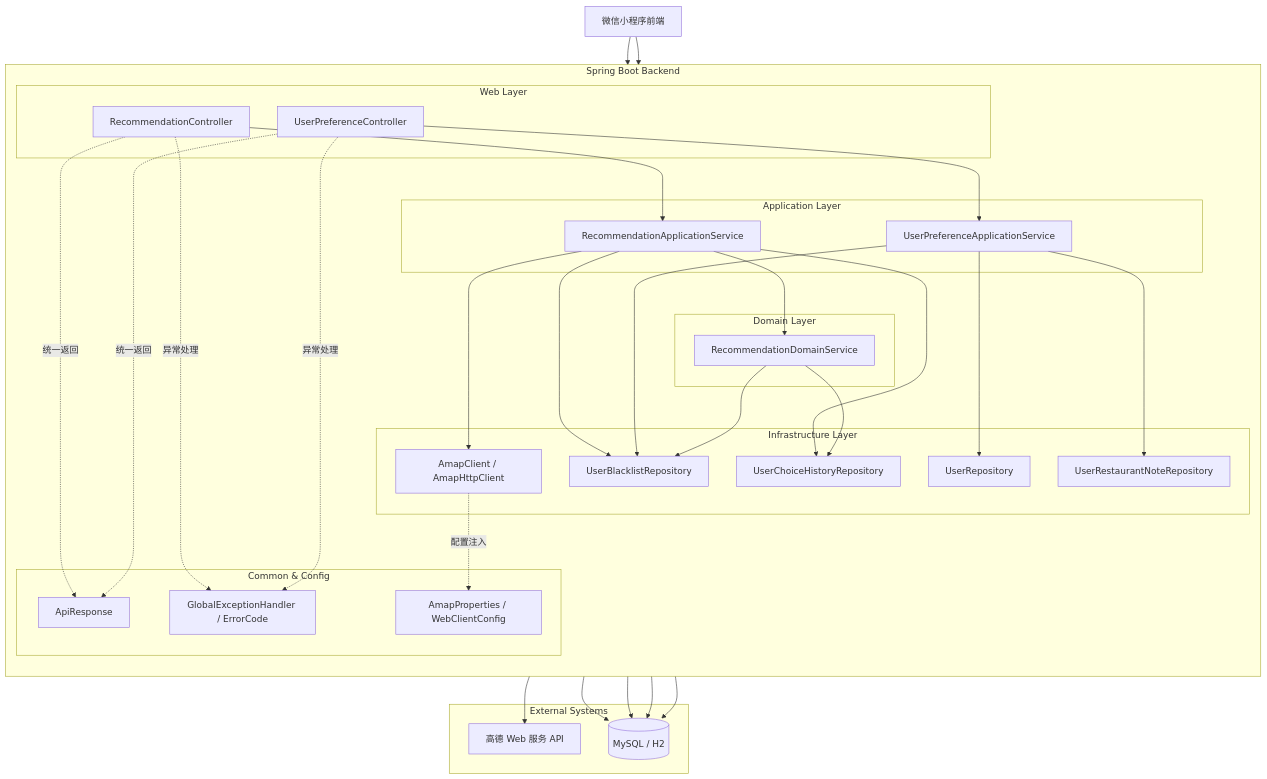
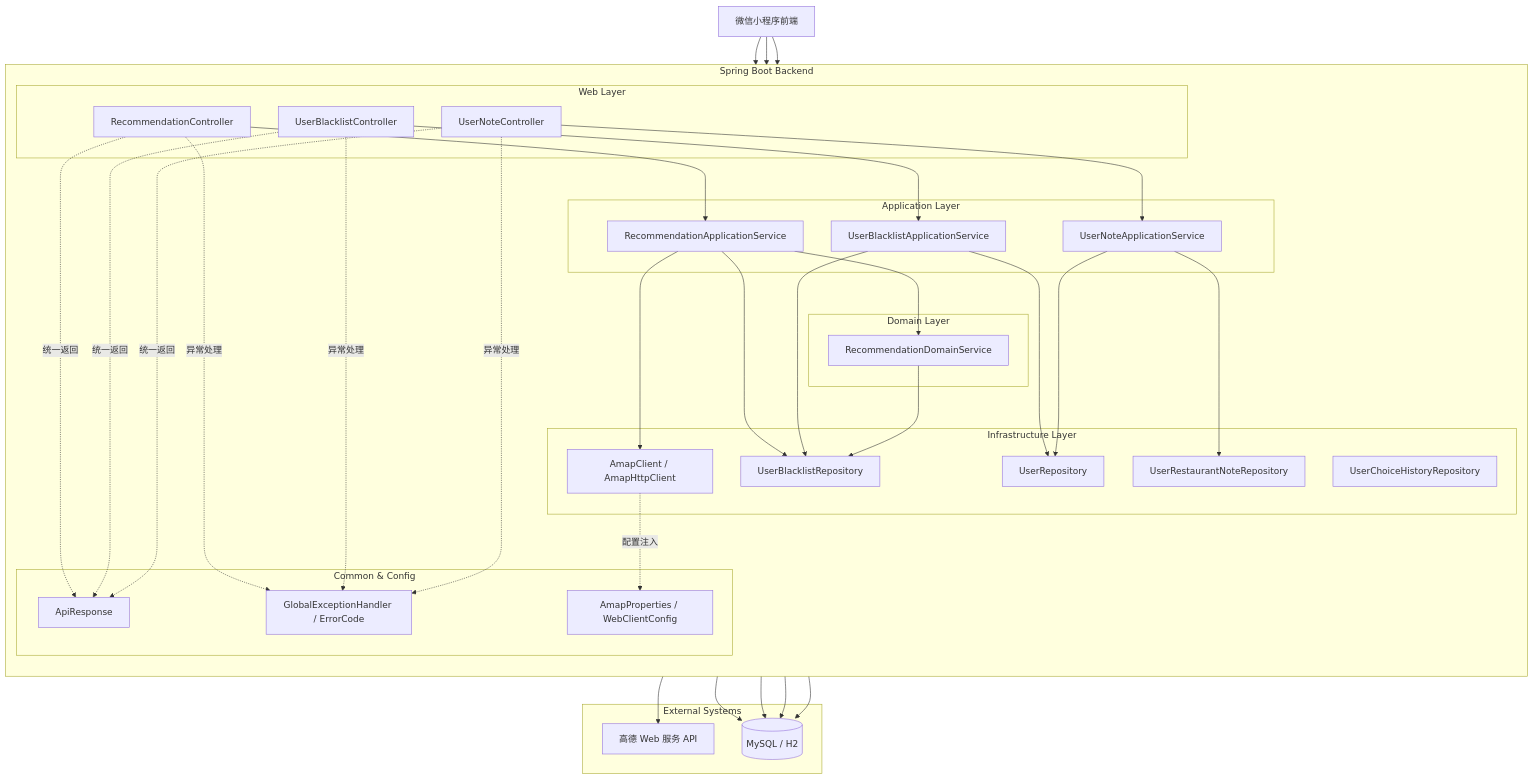
One commit to Ryan041001/WhatToEat changed the first of 4 diagrams in docs/architecture.md. Above: the diagram before and after it, drawn with Mermaid. The commit also changed other lines of this file and 3 other files, not shown here.

````diff
--- a/docs/architecture.md
+++ b/docs/architecture.md
@@ -45,69 +45,74 @@
 ```mermaid
 flowchart TD
     FE[微信小程序前端]
 
     subgraph API[Spring Boot Backend]
         direction TB
 
         subgraph WEB[Web Layer]
             RC[RecommendationController]
-            UC[UserPreferenceController]
+            BC[UserBlacklistController]
+            NC[UserNoteController]
         end
 
         subgraph APP[Application Layer]
             RAS[RecommendationApplicationService]
-            UAS[UserPreferenceApplicationService]
+            BAS[UserBlacklistApplicationService]
+            NAS[UserNoteApplicationService]
         end
 
         subgraph DOMAIN[Domain Layer]
             RDS[RecommendationDomainService]
         end
 
         subgraph INFRA[Infrastructure Layer]
             AR[AmapClient / AmapHttpClient]
             UR[UserRepository]
             UBR[UserBlacklistRepository]
             UNR[UserRestaurantNoteRepository]
             UHR[UserChoiceHistoryRepository]
         end
 
         subgraph SUPPORT[Common & Config]
             RESP[ApiResponse]
             EX[GlobalExceptionHandler / ErrorCode]
             CFG[AmapProperties / WebClientConfig]
         end
     end
 
     subgraph EXT[External Systems]
         AMAP[高德 Web 服务 API]
         DB[(MySQL / H2)]
     end
 
     FE --> RC
-    FE --> UC
+    FE --> BC
+    FE --> NC
 
     RC --> RAS
-    UC --> UAS
+    BC --> BAS
+    NC --> NAS
 
     RAS --> RDS
     RAS --> AR
     RAS --> UBR
-    RAS --> UHR
-    UAS --> UR
-    UAS --> UBR
-    UAS --> UNR
+    BAS --> UR
+    BAS --> UBR
+    NAS --> UR
+    NAS --> UNR
 
     RDS --> UBR
-    RDS --> UHR
     AR --> AMAP
     UR --> DB
     UBR --> DB
     UNR --> DB
     UHR --> DB
 
     RC -.统一返回.-> RESP
-    UC -.统一返回.-> RESP
+    BC -.统一返回.-> RESP
+    NC -.统一返回.-> RESP
     RC -.异常处理.-> EX
-    UC -.异常处理.-> EX
+    BC -.异常处理.-> EX
+    NC -.异常处理.-> EX
     AR -.配置注入.-> CFG
 ```
````
